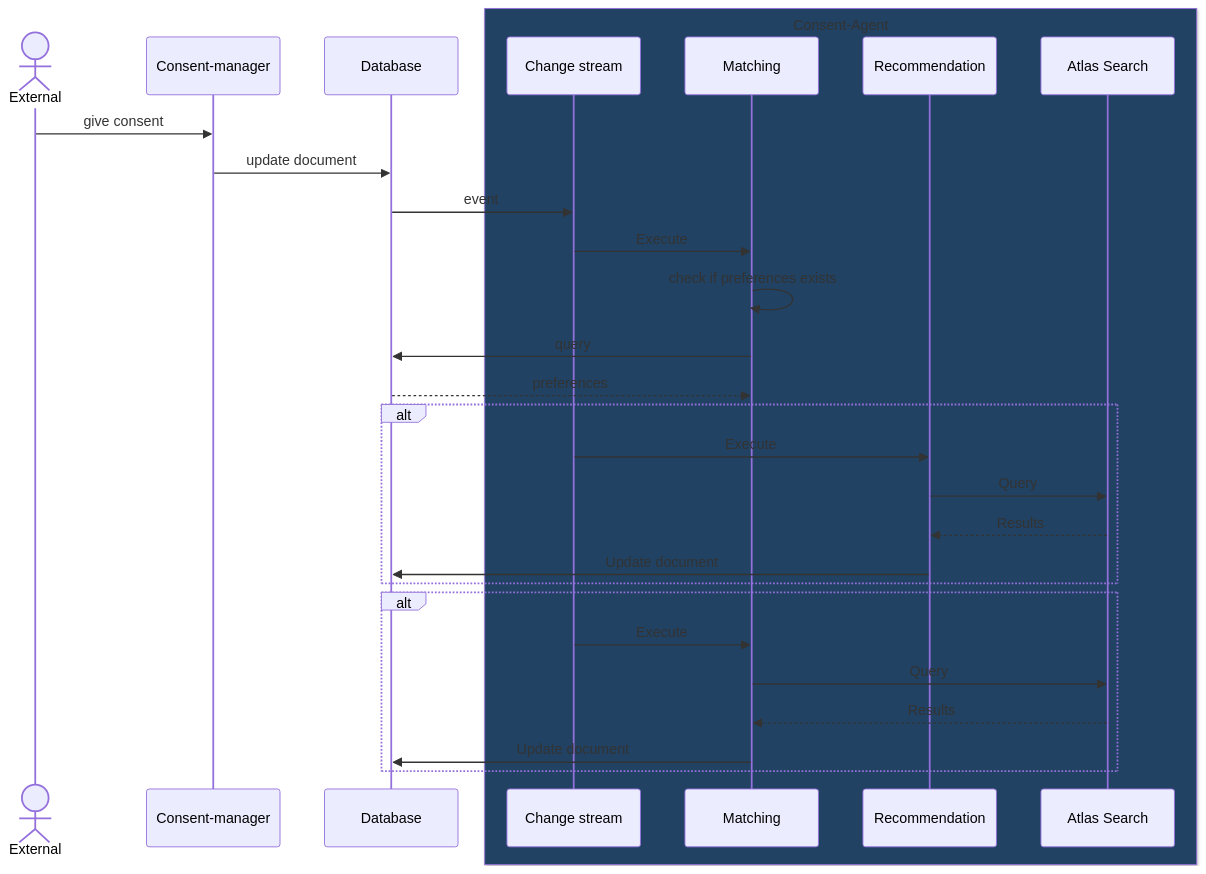
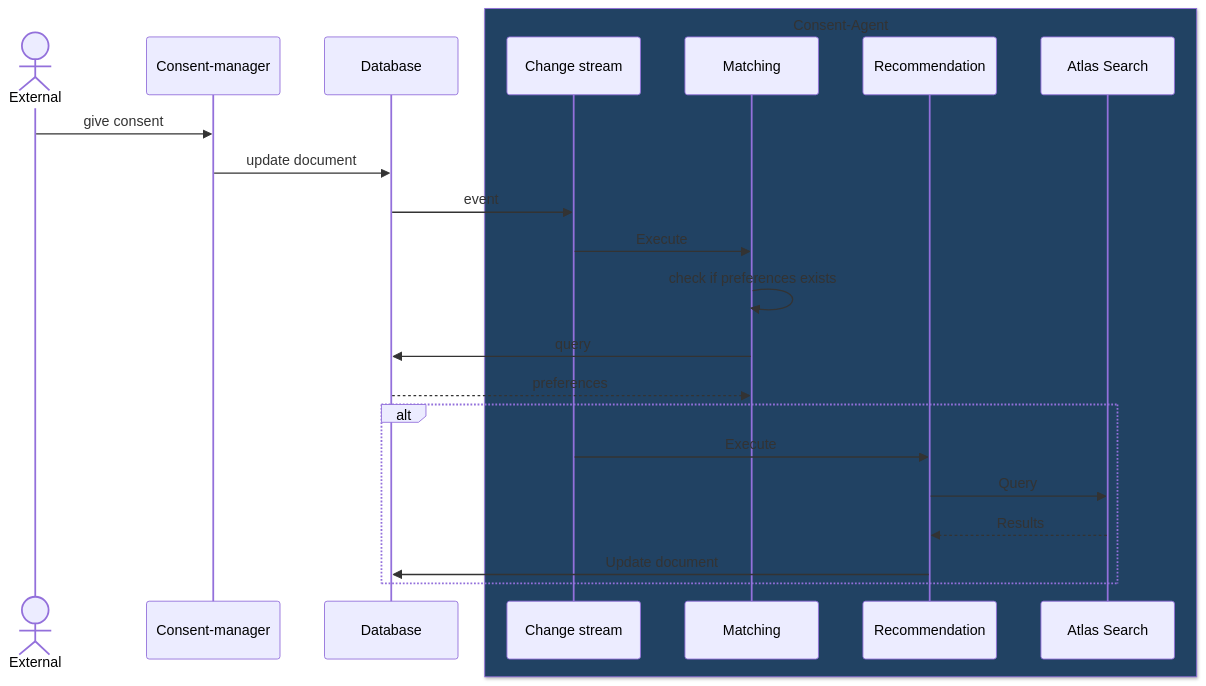
Before and after one commit to VisionsOfficial/contract-consent-agent: diagram 11 of 11 in docs/design-document.md, drawn with Mermaid. The commit also changed other lines of this file, not shown here.

````diff
--- a/docs/design-document.md
+++ b/docs/design-document.md
@@ -1218,32 +1217,26 @@
 ```mermaid
 sequenceDiagram
     actor External
     participant CM as Consent-manager
     participant DB as Database
     box rgb(33,66,99) Consent-Agent 
       participant CS as Change stream
       participant PA as Matching
       participant R as Recommendation
       participant AS as Atlas Search
     end
 
     External->>CM: give consent
     CM->>DB: update document
     DB->>CS: event
     CS->>PA: Execute
     PA->>PA: check if preferences exists
     PA->>DB: query
     DB-->>PA: preferences
     alt
         CS->>R: Execute
         R->>AS: Query
         AS-->>R: Results
         R->>DB: Update document
     end
-    alt
-        CS->>PA: Execute
-        PA->>AS: Query
-        AS-->>PA: Results
-        PA->>DB: Update document
-    end
 ```
````
